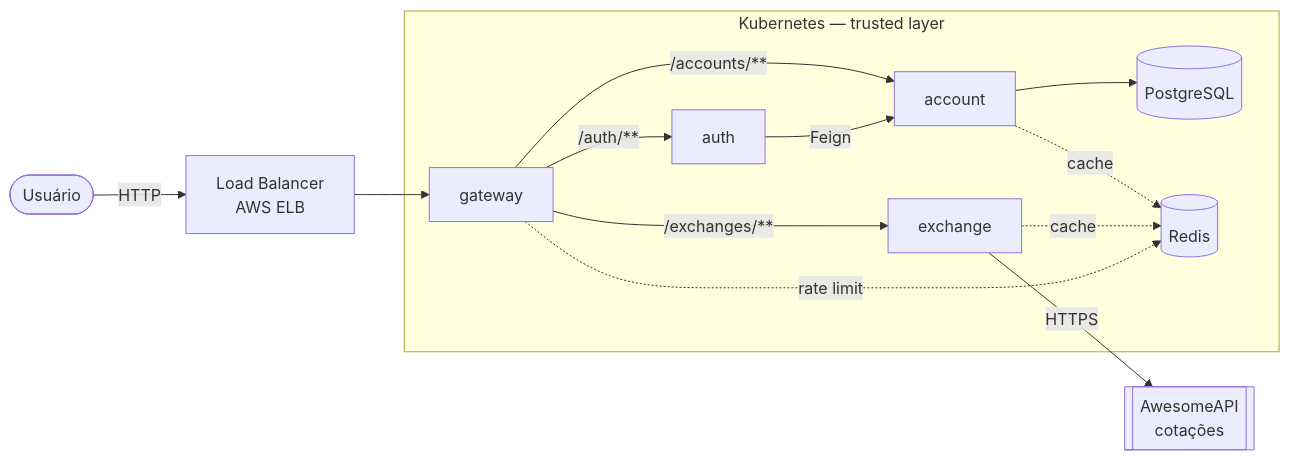
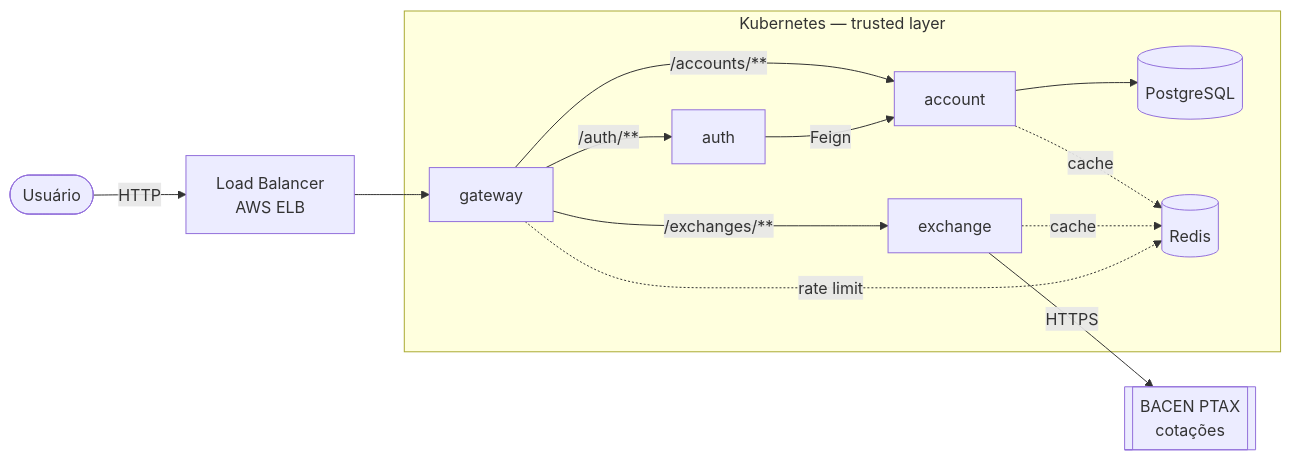
The diagram in docs/index.md (EuMiguelll/Projeto-PMA), drawn with Mermaid before and after one commit. The commit also changed other lines of this file and 15 other files, not shown here.

First line of the commit message:
Exchange no PTAX do BACEN: sem API key nem Secret

````diff
--- a/docs/index.md
+++ b/docs/index.md
@@ -20,16 +20,16 @@
 ```mermaid
 flowchart LR
     user([Usuário]) -->|HTTP| lb[Load Balancer<br/>AWS ELB]
     lb --> gw
     subgraph eks [Kubernetes — trusted layer]
         gw[gateway] -->|/auth/**| auth
         gw -->|/accounts/**| account
         gw -->|/exchanges/**| exchange
         auth -->|Feign| account
         account --> db[(PostgreSQL)]
         account -.cache.-> redis[(Redis)]
         exchange -.cache.-> redis
         gw -.rate limit.-> redis
     end
-    exchange -->|HTTPS| api[[AwesomeAPI<br/>cotações]]
+    exchange -->|HTTPS| api[[BACEN PTAX<br/>cotações]]
 ```
````
